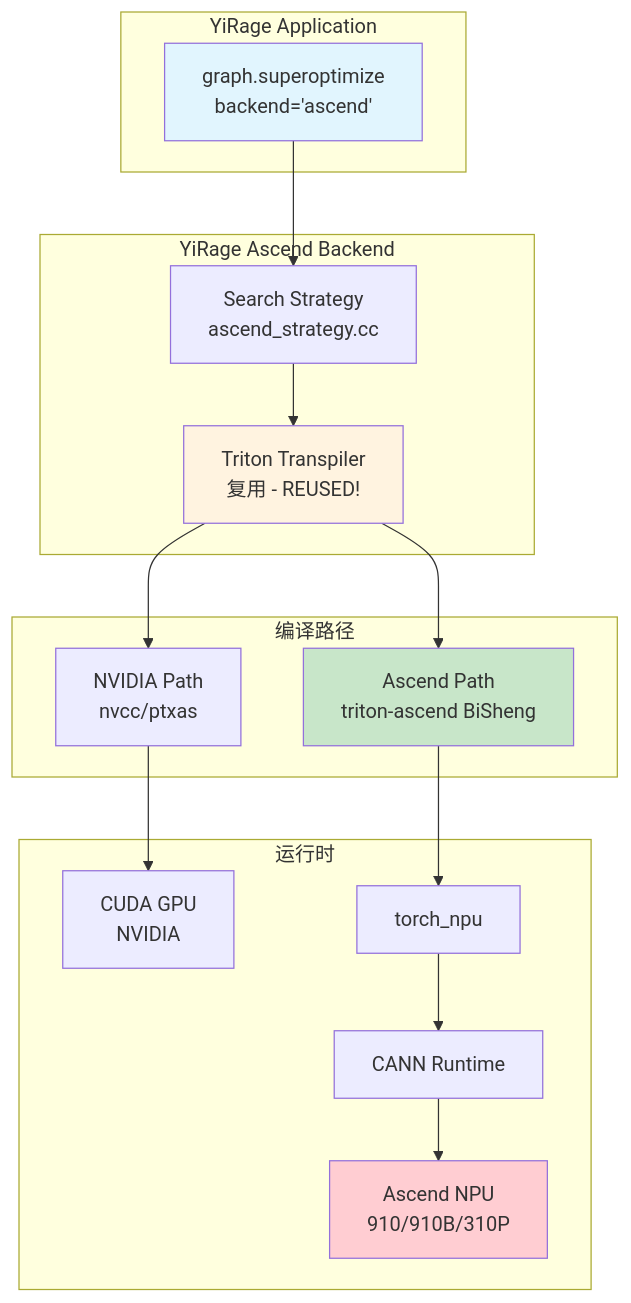
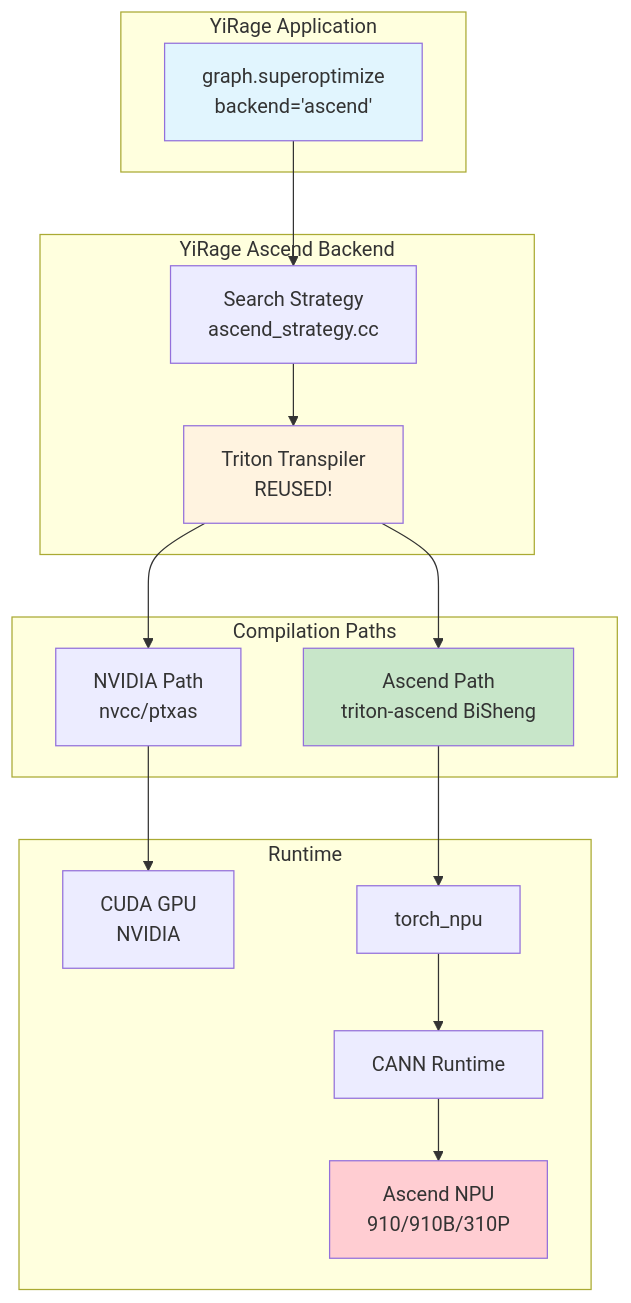
Before and after one commit to chenxingqiang/YiRage: the diagram in docs/ascend_integration_architecture.md, drawn with Mermaid. The commit also changed other lines of this file and 4 other files, not shown here.

````diff
--- a/docs/ascend_integration_architecture.md
+++ b/docs/ascend_integration_architecture.md
@@ -7,35 +7,35 @@
 ```mermaid
 flowchart TB
     subgraph "YiRage Application"
         A[graph.superoptimize<br/>backend='ascend']
     end
 
     subgraph "YiRage Ascend Backend"
         B[Search Strategy<br/>ascend_strategy.cc]
-        C[Triton Transpiler<br/>复用 - REUSED!]
+        C[Triton Transpiler<br/>REUSED!]
         
         B --> C
     end
 
-    subgraph "编译路径"
+    subgraph "Compilation Paths"
         D[NVIDIA Path<br/>nvcc/ptxas]
         E[Ascend Path<br/>triton-ascend BiSheng]
     end
 
-    subgraph "运行时"
+    subgraph "Runtime"
         F[CUDA GPU<br/>NVIDIA]
         G[torch_npu]
         H[CANN Runtime]
         I[Ascend NPU<br/>910/910B/310P]
     end
 
     A --> B
     C --> D & E
     D --> F
     E --> G --> H --> I
 
     style A fill:#e1f5fe
     style C fill:#fff3e0
     style E fill:#c8e6c9
     style I fill:#ffcdd2
 ```
````
